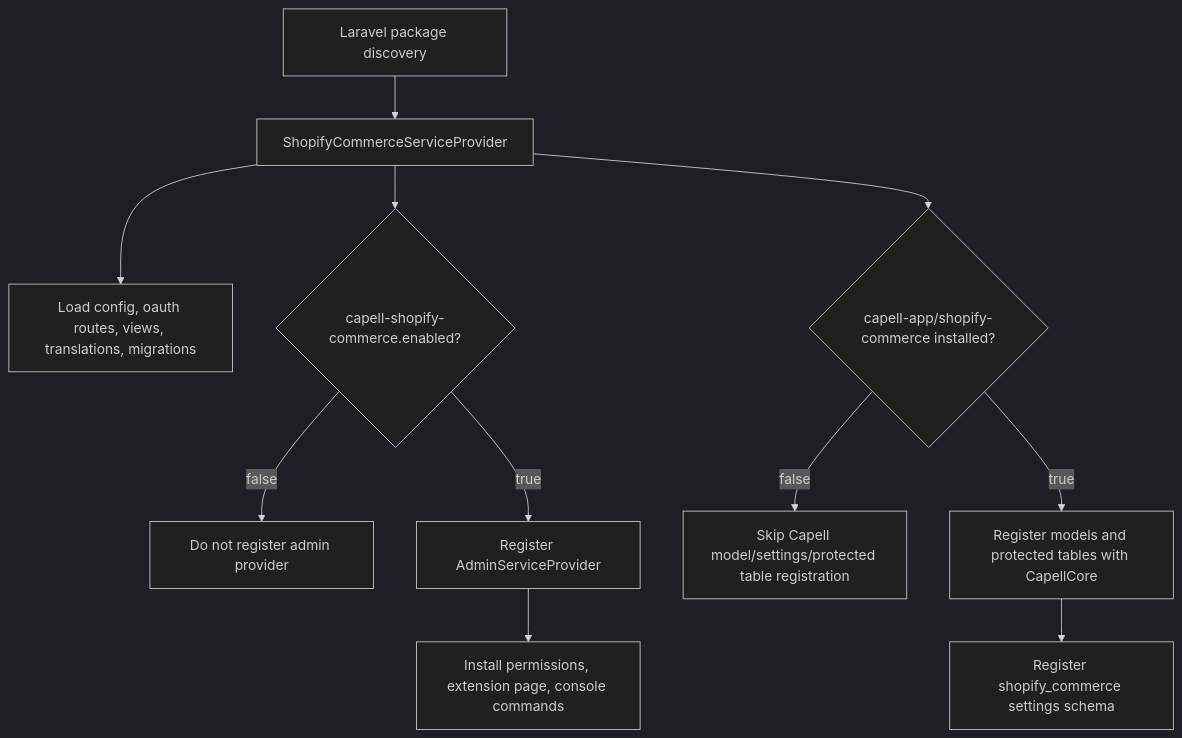
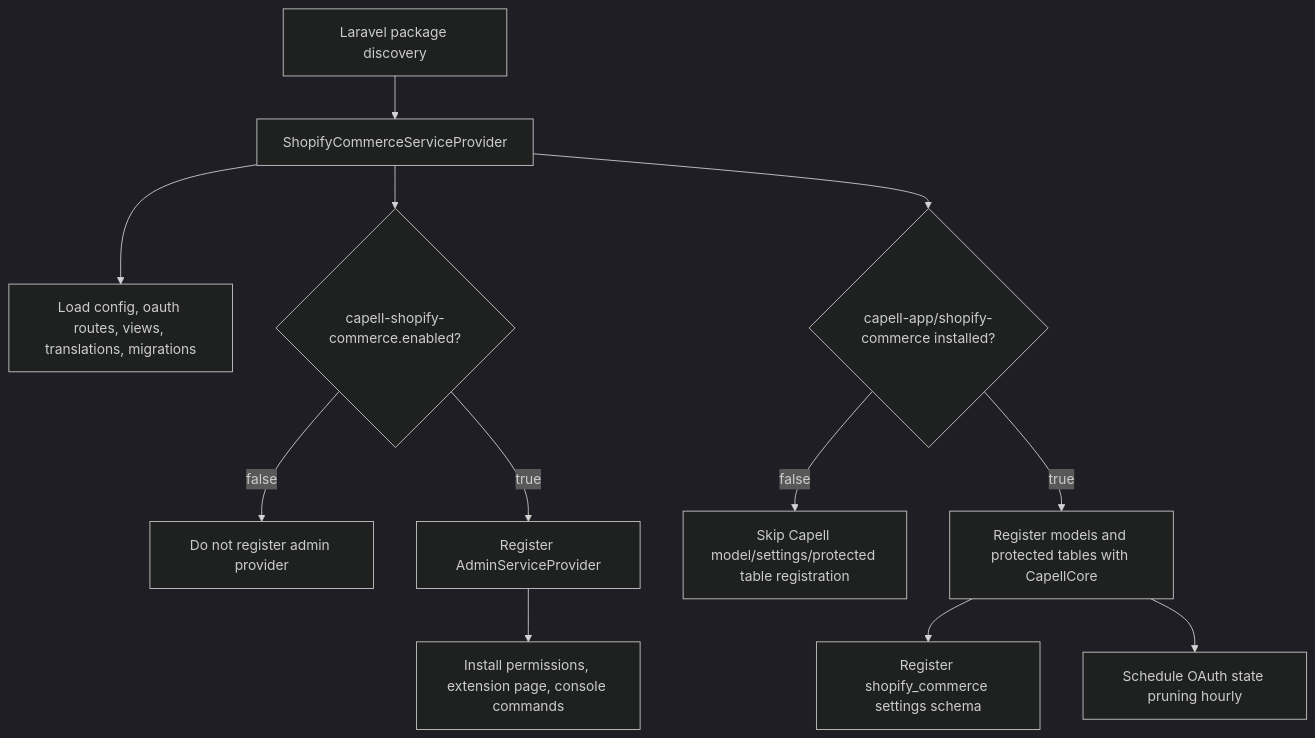
The first of 2 diagrams in packages/shopify-commerce/docs/overview.md (capell-app/theme-agency), drawn with Mermaid (dark theme) before and after one commit. The commit also changed other lines of this file and 15 other files, not shown here.

````diff
--- a/packages/shopify-commerce/docs/overview.md
+++ b/packages/shopify-commerce/docs/overview.md
@@ -31,13 +31,14 @@
 ```mermaid
 flowchart TD
     A["Laravel package discovery"] --> B["ShopifyCommerceServiceProvider"]
     B --> C["Load config, oauth routes, views, translations, migrations"]
     B --> D{"capell-shopify-commerce.enabled?"}
     D -->|false| E["Do not register admin provider"]
     D -->|true| F["Register AdminServiceProvider"]
     B --> G{"capell-app/shopify-commerce installed?"}
     G -->|false| H["Skip Capell model/settings/protected table registration"]
     G -->|true| I["Register models and protected tables with CapellCore"]
     I --> J["Register shopify_commerce settings schema"]
+    I --> L["Schedule OAuth state pruning hourly"]
     F --> K["Install permissions, extension page, console commands"]
 ```
````
